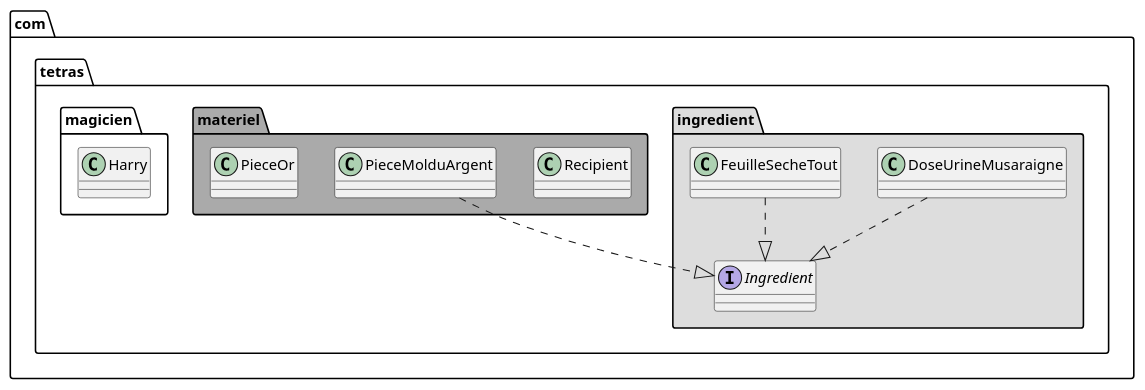
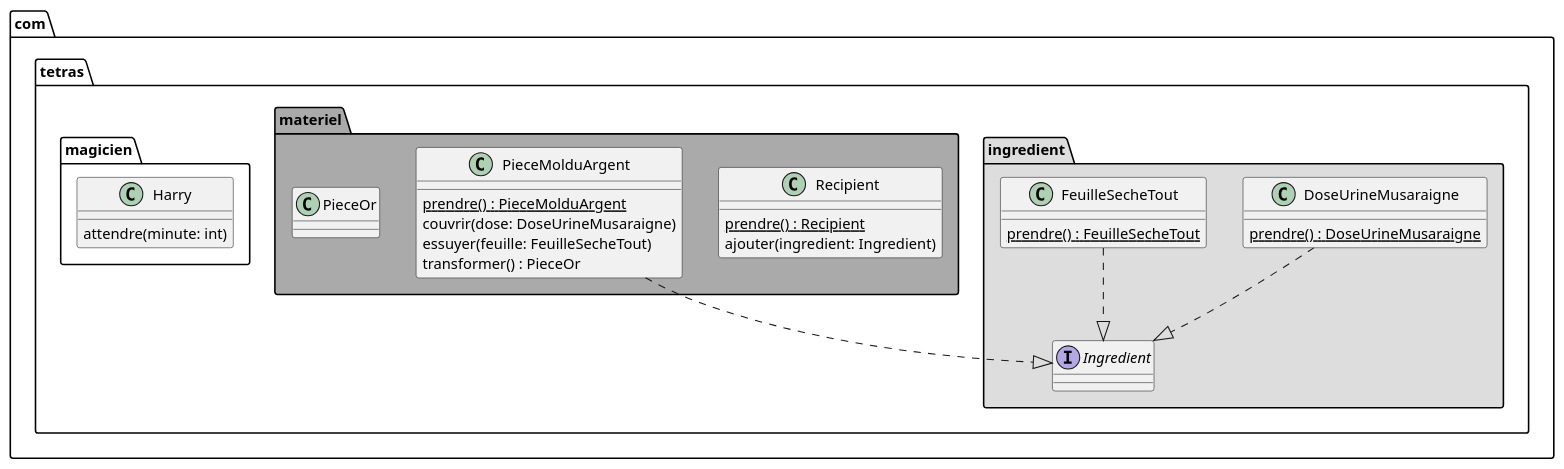
Before and after one commit to jandry/design-pattern: the diagram in src/uml/facade.puml, drawn with PlantUML. The commit also changed 2 other files, not shown here.

Commit message:
Update uml with methods

```diff
--- a/src/uml/facade.puml
+++ b/src/uml/facade.puml
@@ -1,22 +1,36 @@
 @startuml Facade
 
 package com.tetras.ingredient #DDDDDD {
     interface Ingredient
-    class DoseUrineMusaraigne
-    class FeuilleSecheTout
+    class DoseUrineMusaraigne {
+        {static} prendre() : DoseUrineMusaraigne
+    }
+    class FeuilleSecheTout {
+        {static} prendre() : FeuilleSecheTout
+    }
 }
 
 package com.tetras.materiel #AAAAAA {
-    class Recipient
-    class PieceMolduArgent
+    class Recipient {
+        {static} prendre() : Recipient
+        ajouter(ingredient: Ingredient)
+    }
+    class PieceMolduArgent {
+        {static} prendre() : PieceMolduArgent
+        couvrir(dose: DoseUrineMusaraigne)
+        essuyer(feuille: FeuilleSecheTout)
+        transformer() : PieceOr
+    }
     class PieceOr
 }
 
 package com.tetras.magicien #FFFFFF {
-    class Harry
+    class Harry {
+        attendre(minute: int)
+    }
 }
 DoseUrineMusaraigne ..|> Ingredient
 FeuilleSecheTout ..|> Ingredient
 PieceMolduArgent ..|> Ingredient
 
 @enduml
```
